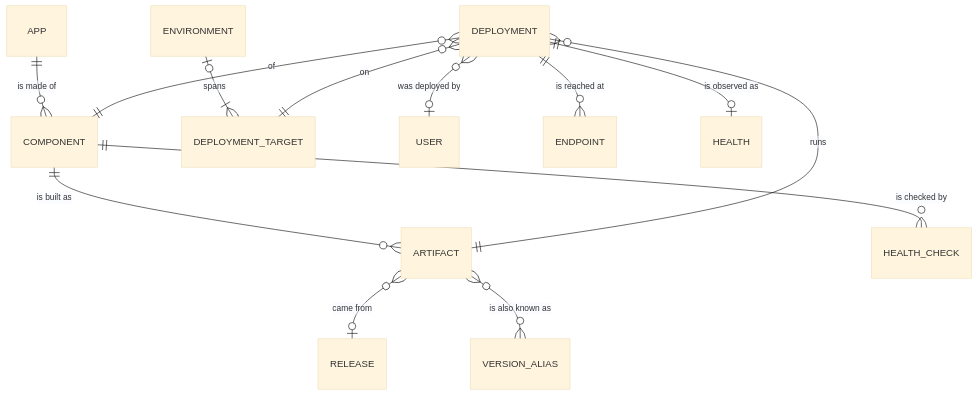
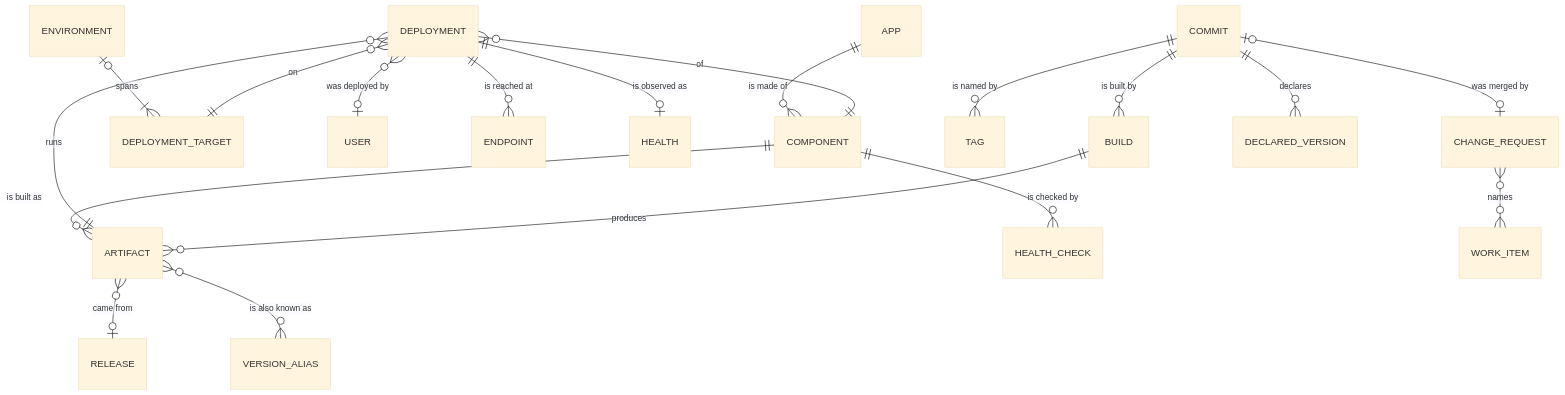
One commit to lislon/env-hopper changed the diagram in CONTEXT.md. Above: the diagram before and after it, drawn with Mermaid (base theme). The commit also changed other lines of this file and 18 other files, not shown here.

First line of the commit message:
feat: delivery facts - Repository, Commit, Build, Tag, Change Request, Work Item, Declared Version (#415)

````diff
--- a/CONTEXT.md
+++ b/CONTEXT.md
@@ -68,15 +96,21 @@
 ```mermaid
 erDiagram
   APP ||--o{ COMPONENT : "is made of"
   ENVIRONMENT |o--|{ DEPLOYMENT_TARGET : "spans"
   COMPONENT ||--o{ ARTIFACT : "is built as"
   ARTIFACT }o--o| RELEASE : "came from"
   ARTIFACT }o--o{ VERSION_ALIAS : "is also known as"
   DEPLOYMENT }o--|| COMPONENT : "of"
   DEPLOYMENT }o--|| DEPLOYMENT_TARGET : "on"
   DEPLOYMENT }o--|| ARTIFACT : "runs"
   DEPLOYMENT }o--o| USER : "was deployed by"
   DEPLOYMENT ||--o{ ENDPOINT : "is reached at"
   DEPLOYMENT ||--o| HEALTH : "is observed as"
   COMPONENT ||--o{ HEALTH_CHECK : "is checked by"
+  BUILD ||--o{ ARTIFACT : "produces"
+  COMMIT ||--o{ BUILD : "is built by"
+  COMMIT ||--o{ TAG : "is named by"
+  COMMIT |o--o| CHANGE_REQUEST : "was merged by"
+  CHANGE_REQUEST }o--o{ WORK_ITEM : "names"
+  COMMIT ||--o{ DECLARED_VERSION : "declares"
 ```
````
